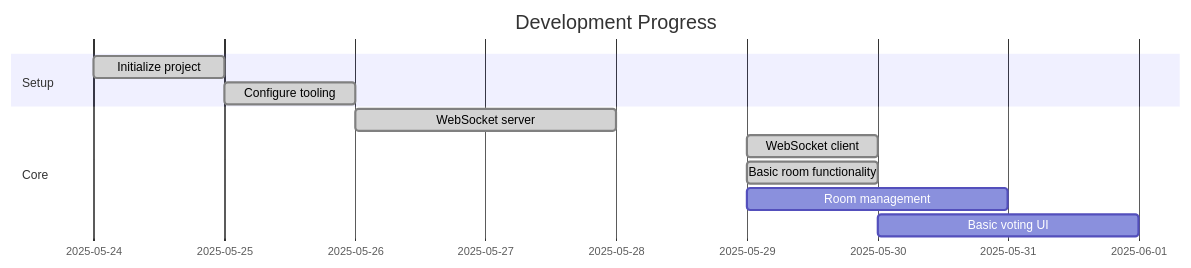
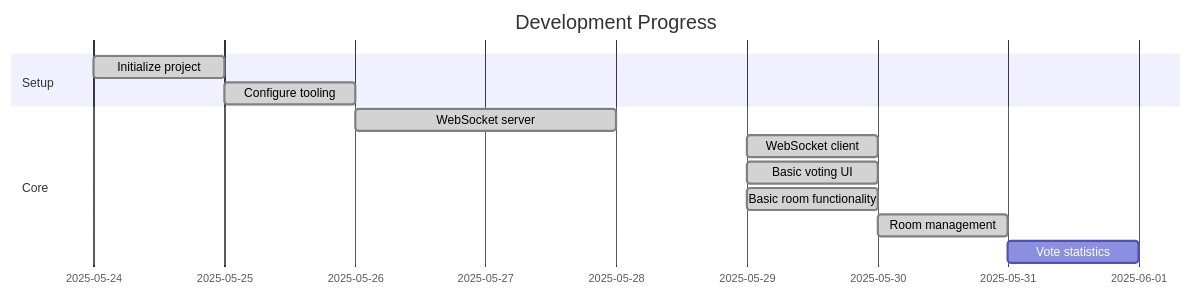
The diagram in memory-bank/activeContext.md (conrisc/scrum-poker), drawn with Mermaid before and after one commit. The commit also changed other lines of this file and 11 other files, not shown here.

````diff
--- a/memory-bank/activeContext.md
+++ b/memory-bank/activeContext.md
@@ -24,15 +24,16 @@
 ```mermaid
 gantt
     title Development Progress
     dateFormat  YYYY-MM-DD
     section Setup
     Initialize project       :done, 2025-05-24, 1d
     Configure tooling       :done, 2025-05-25, 1d
     
     section Core
     WebSocket server        :done, 2025-05-26, 2d
     WebSocket client        :done, 2025-05-29, 1d
+    Basic voting UI         :done, 2025-05-29, 1d
     Basic room functionality :done, 2025-05-29, 1d
-    Room management         :2025-05-29, 2d
-    Basic voting UI         :2025-05-30, 2d
+    Room management         :done, 2025-05-30, 1d
+    Vote statistics         :2025-05-31, 1d
 ```
````
